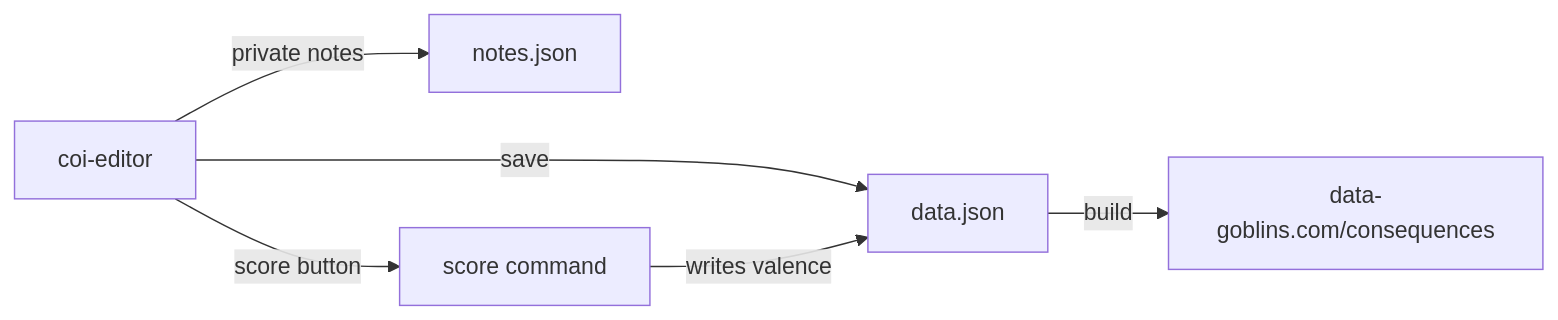
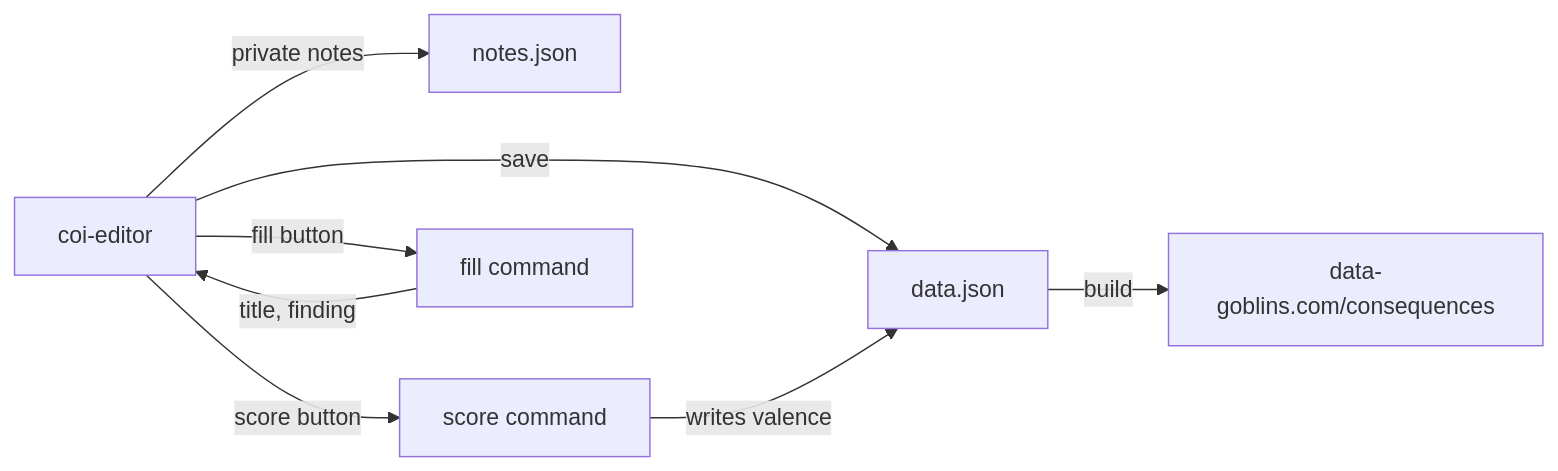
One commit to data-goblin/consequences-of-intelligence changed the diagram in editor/README.md. Above: the diagram before and after it, drawn with Mermaid. The commit also changed other lines of this file and 4 other files, not shown here.

````diff
--- a/editor/README.md
+++ b/editor/README.md
@@ -5,8 +5,10 @@
 ```mermaid
 flowchart LR
   E[coi-editor] -->|save| D[data.json]
   E -->|private notes| N[notes.json]
   E -->|score button| S[score command]
+  E -->|fill button| F[fill command]
+  F -->|title, finding| E
   S -->|writes valence| D
   D -->|build| P[data-goblins.com/consequences]
 ```
````
